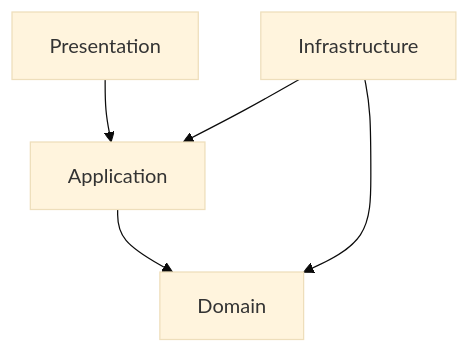
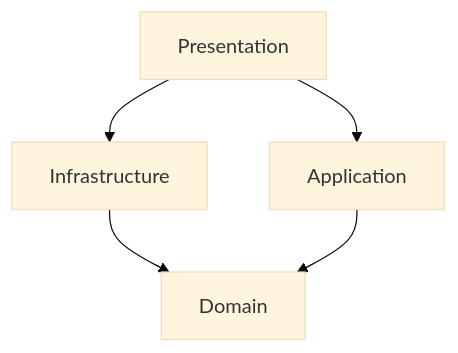
The diagram in README.md (kazuhe/gitmemo), drawn with Mermaid (base theme) before and after one commit. The commit also changed other lines of this file and 16 other files, not shown here.

````diff
--- a/README.md
+++ b/README.md
@@ -10,7 +9,7 @@
 ```mermaid
 flowchart TD
     Presentation --> Application
-    Infrastructure --> Application
+    Presentation --> Infrastructure
     Infrastructure --> Domain
     Application --> Domain
 ```
````
